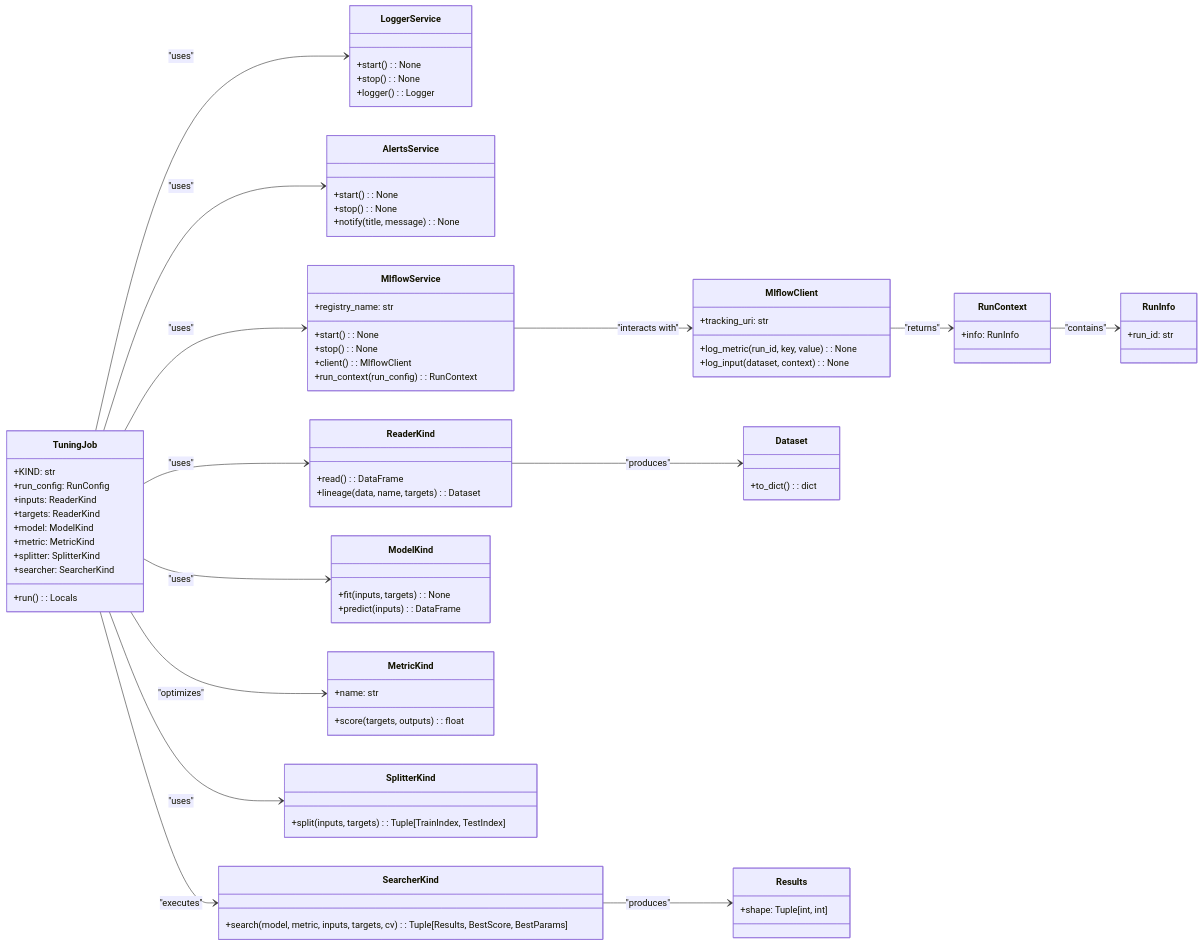
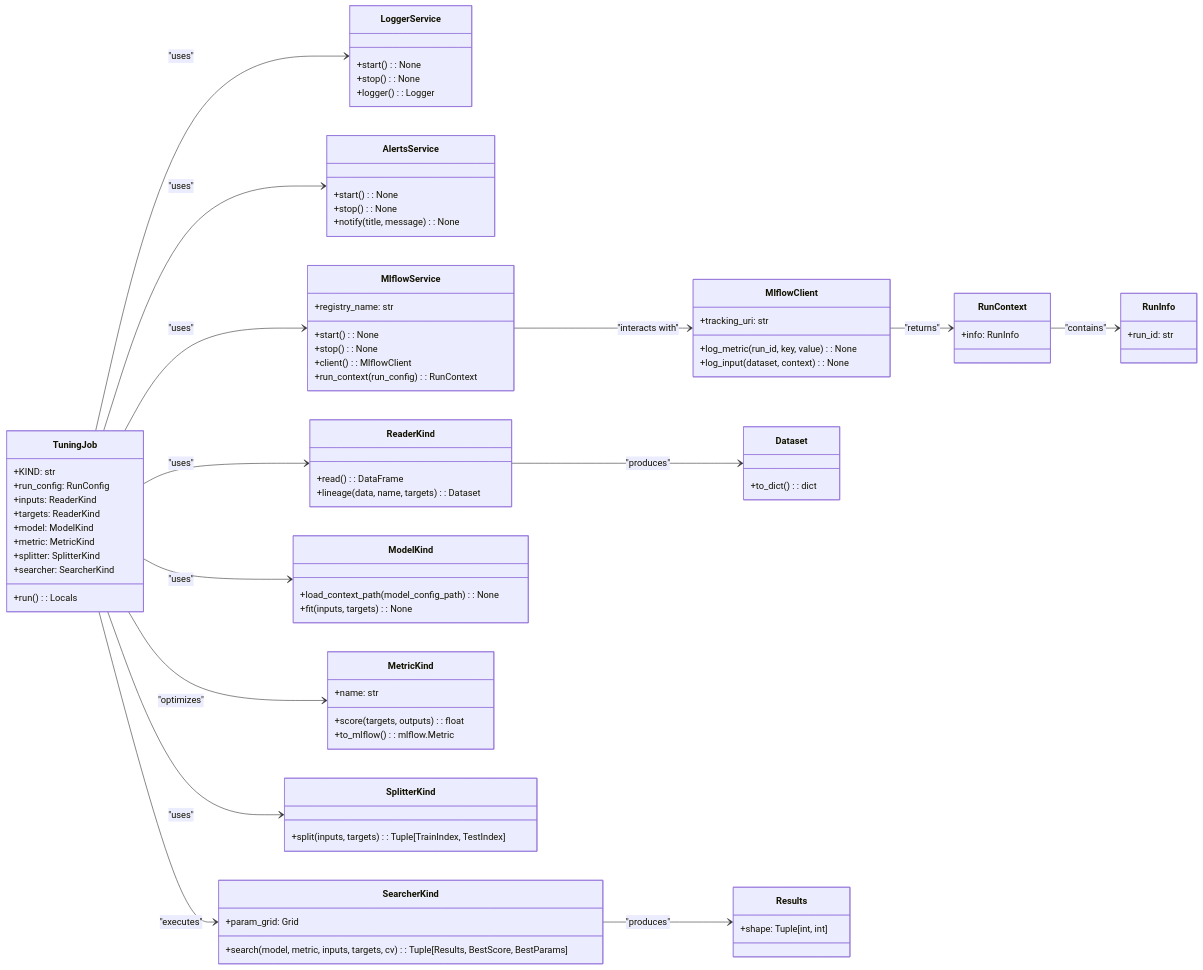
The diagram in Documents/Tuning_stories.md (lgcorzo/llmops-python-package), drawn with Mermaid before and after one commit. The commit also changed other lines of this file and 25 other files, not shown here.

```diff
--- a/Documents/Tuning_stories.md
+++ b/Documents/Tuning_stories.md
@@ -78,13 +80,14 @@
     }
 
     class ModelKind {
+        +load_context_path(model_config_path) : None
         +fit(inputs, targets) : None
-        +predict(inputs) : DataFrame
     }
 
     class MetricKind {
         +name: str
         +score(targets, outputs) : float
+        +to_mlflow() : mlflow.Metric
     }
 
     class SplitterKind {
@@ -92,6 +95,7 @@
     }
 
     class SearcherKind {
+        +param_grid: Grid
         +search(model, metric, inputs, targets, cv) : Tuple[Results, BestScore, BestParams]
     }
 
```
